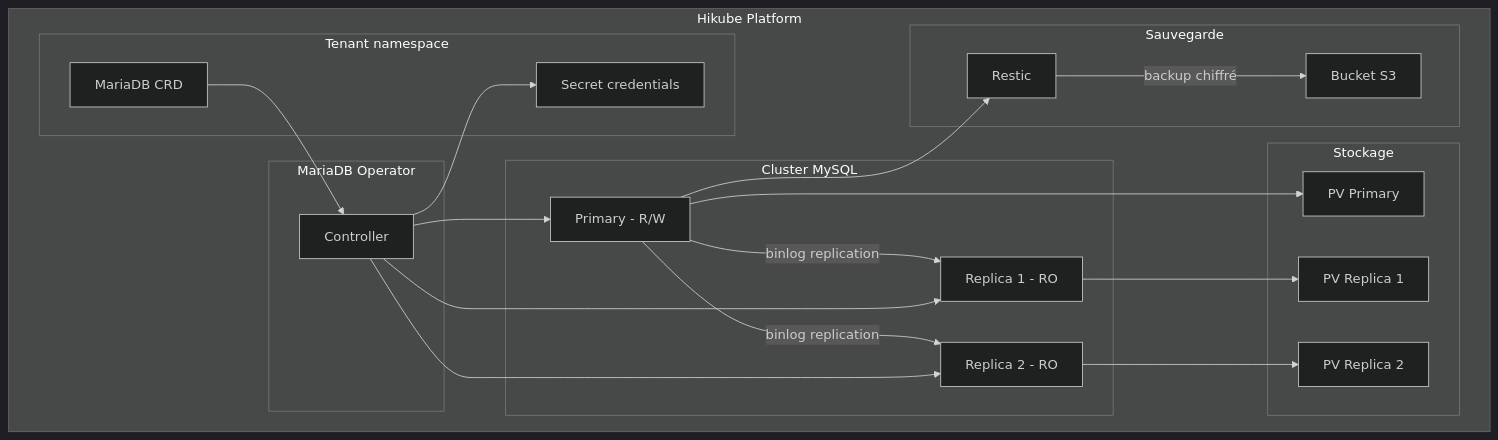
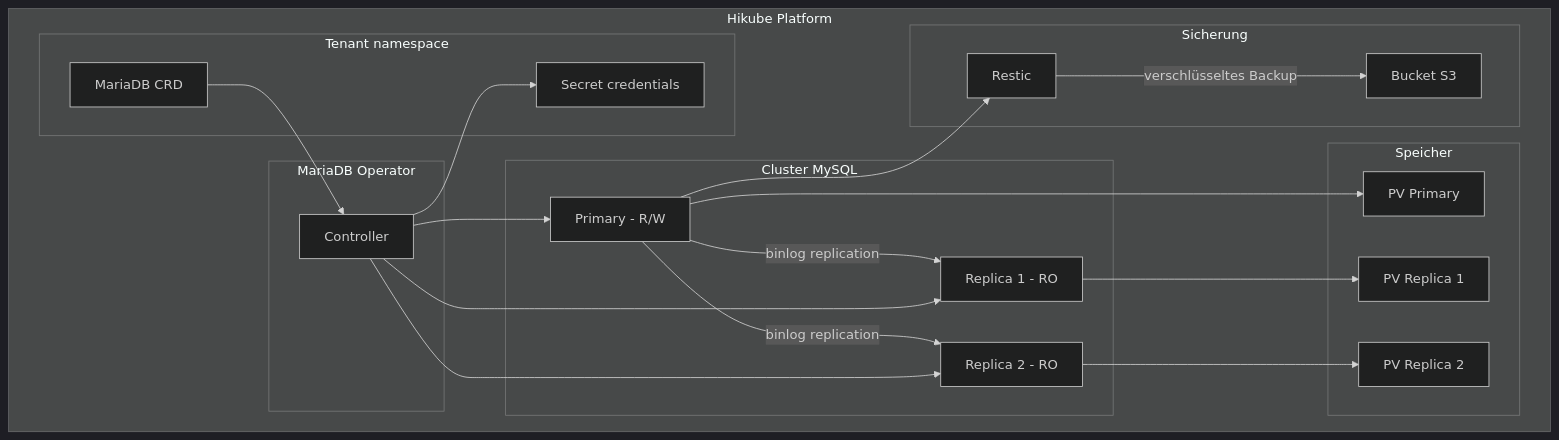
The first of 2 diagrams in i18n/de/docusaurus-plugin-content-docs/current/services/databases/mysql/concepts.md (HidoraSwiss/hikube-public-doc), drawn with Mermaid (dark theme) before and after one commit. The commit also changed other lines of this file and 121 other files, not shown here.

````diff
--- a/i18n/de/docusaurus-plugin-content-docs/current/services/databases/mysql/concepts.md
+++ b/i18n/de/docusaurus-plugin-content-docs/current/services/databases/mysql/concepts.md
@@ -12,43 +12,43 @@
 ```mermaid
 graph TB
     subgraph "Hikube Platform"
         subgraph "Tenant namespace"
             CR[MariaDB CRD]
             SEC[Secret credentials]
         end
 
         subgraph "MariaDB Operator"
             OP[Controller]
         end
 
         subgraph "Cluster MySQL"
             P[Primary - R/W]
             R1[Replica 1 - RO]
             R2[Replica 2 - RO]
         end
 
-        subgraph "Stockage"
+        subgraph "Speicher"
             PV1[PV Primary]
             PV2[PV Replica 1]
             PV3[PV Replica 2]
         end
 
-        subgraph "Sauvegarde"
+        subgraph "Sicherung"
             S3[Bucket S3]
             RES[Restic]
         end
     end
 
     CR --> OP
     OP --> P
     OP --> R1
     OP --> R2
     P -->|binlog replication| R1
     P -->|binlog replication| R2
     P --> PV1
     R1 --> PV2
     R2 --> PV3
-    RES -->|backup chiffré| S3
+    RES -->|verschlüsseltes Backup| S3
     P --> RES
     OP --> SEC
 ```
````
